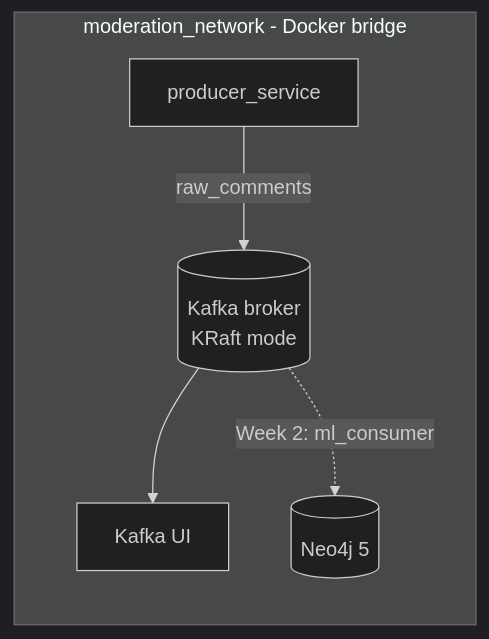
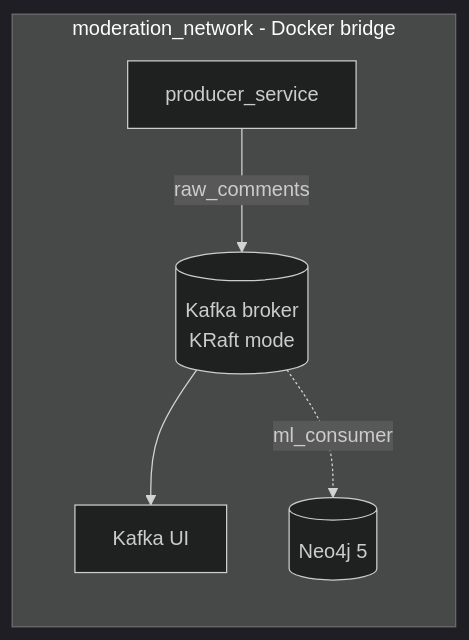
The diagram in docs/architecture.md (mj-weshh/realtime-moderation-engine), drawn with Mermaid (dark theme) before and after one commit. The commit also changed other lines of this file and 6 other files, not shown here.

Commit message:
docs: document ml consumer model loading, inference, and neo4j integration

````diff
--- a/docs/architecture.md
+++ b/docs/architecture.md
@@ -7,13 +7,13 @@
 ```mermaid
 flowchart LR
     subgraph modNet [moderation_network - Docker bridge]
         producer[producer_service]
         kafka[(Kafka broker<br/>KRaft mode)]
         kafkaui[Kafka UI]
         neo4j[(Neo4j 5)]
     end
 
     producer -- "raw_comments" --> kafka
     kafka --> kafkaui
-    kafka -. "Week 2: ml_consumer" .-> neo4j
+    kafka -. "ml_consumer" .-> neo4j
 ```
````
